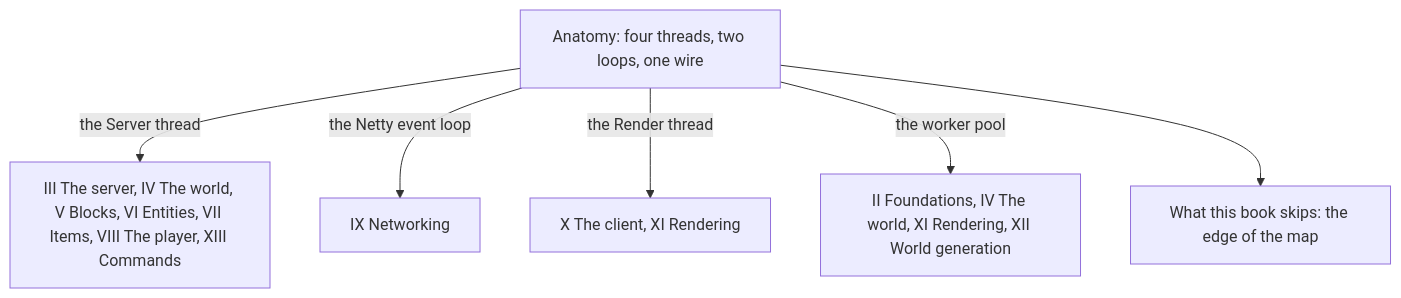
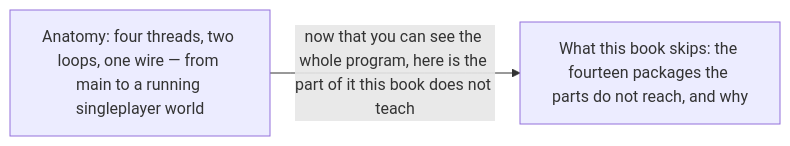
Before and after one commit to AlexanderjFraser/MinecraftDocs: the diagram in src/systems/anatomy/README.md, drawn with Mermaid. The commit also changed other lines of this file and 17 other files, not shown here.

First line of the commit message:
pass 5, session B — Parts I and II: six mechanisms cut to a citation, feature flags given a home, and Part I's landing figure redrawn from the book to the part

````diff
--- a/src/systems/anatomy/README.md
+++ b/src/systems/anatomy/README.md
@@ -18,9 +22,6 @@
 ```mermaid
-flowchart TD
-    A["Anatomy: four threads, two loops, one wire"]
-    A -- "the Server thread" --> S["III The server, IV The world, V Blocks, VI Entities, VII Items, VIII The player, XIII Commands"]
-    A -- "the Netty event loop" --> N["IX Networking"]
-    A -- "the Render thread" --> C["X The client, XI Rendering"]
-    A -- "the worker pool" --> W["II Foundations, IV The world, XI Rendering, XII World generation"]
-    A --> X["What this book skips: the edge of the map"]
+flowchart LR
+    A["Anatomy: four threads, two loops, one wire — from main to a running singleplayer world"]
+    B["What this book skips: the fourteen packages the parts do not reach, and why"]
+    A -- "now that you can see the whole program, here is the part of it this book does not teach" --> B
 ```
````
